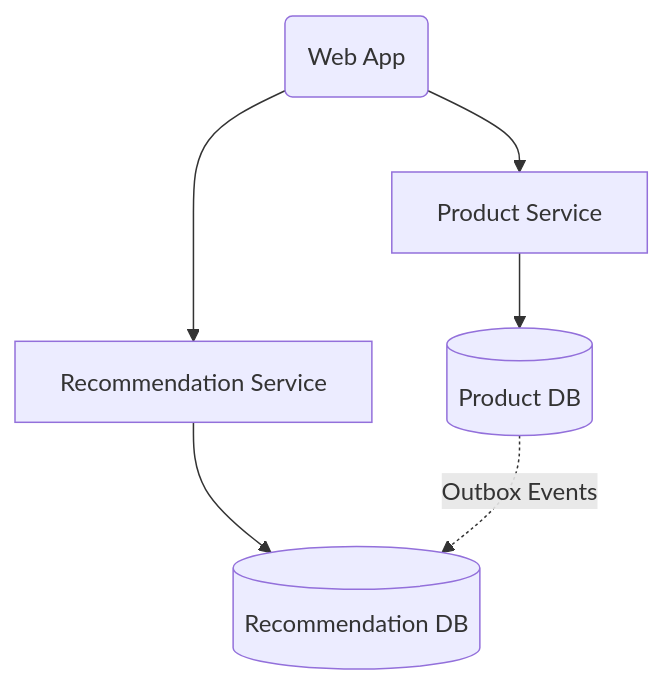
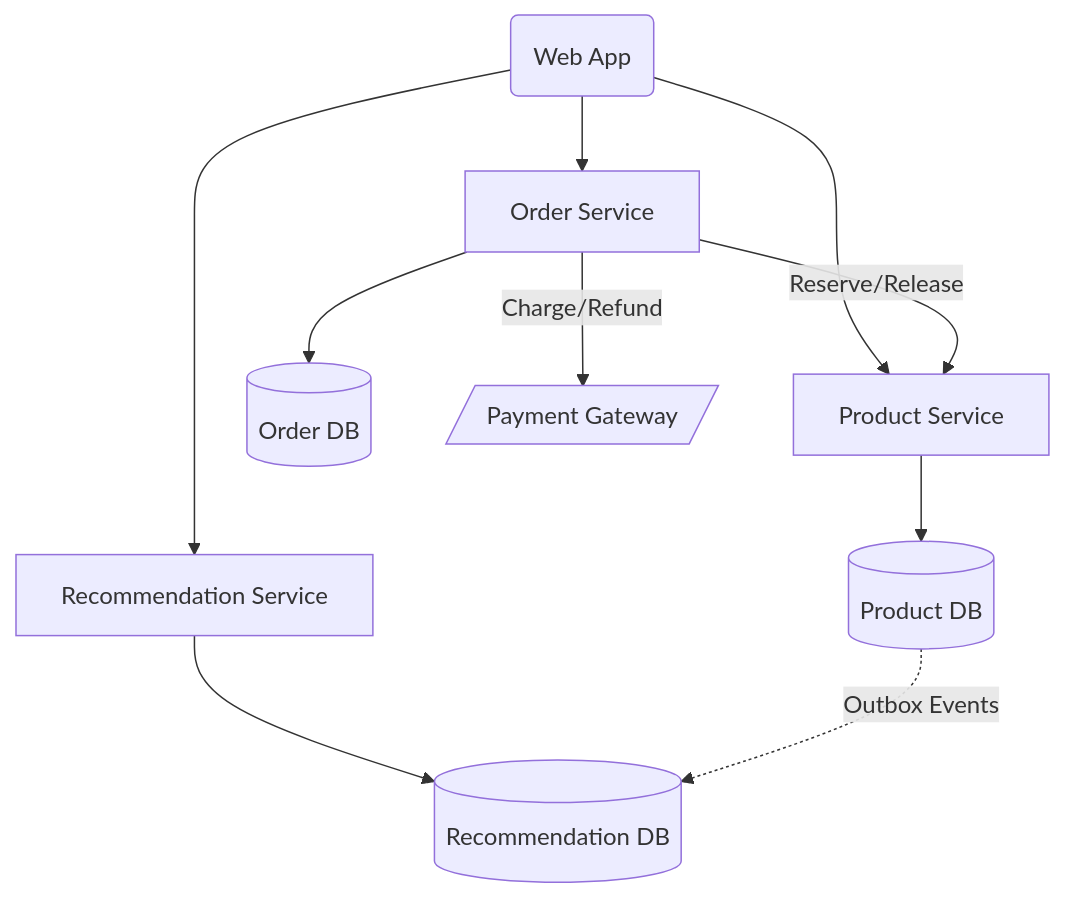
The diagram in latency-aficionados/README.md (rafaritter44/architecture-katas), drawn with Mermaid before and after one commit.

Commit message:
Add order service to diagram

````diff
--- a/latency-aficionados/README.md
+++ b/latency-aficionados/README.md
@@ -11,18 +11,28 @@
 ```mermaid
 flowchart TD
     WA(Web App)
 
     PS[Product Service]
     PDB[(Product DB)]
 
+    OS[Order Service]
+    ODB[(Order DB)]
+
     RS[Recommendation Service]
     RDB[(Recommendation DB)]
 
+    PG[/Payment Gateway/]
+
     WA --> PS
     WA --> RS
+    WA --> OS
 
     PS --> PDB
     RS --> RDB
+    OS --> ODB
+
+    OS -->|Reserve/Release| PS
+    OS -->|Charge/Refund| PG
 
     PDB -.->|Outbox Events| RDB
 ```
````
